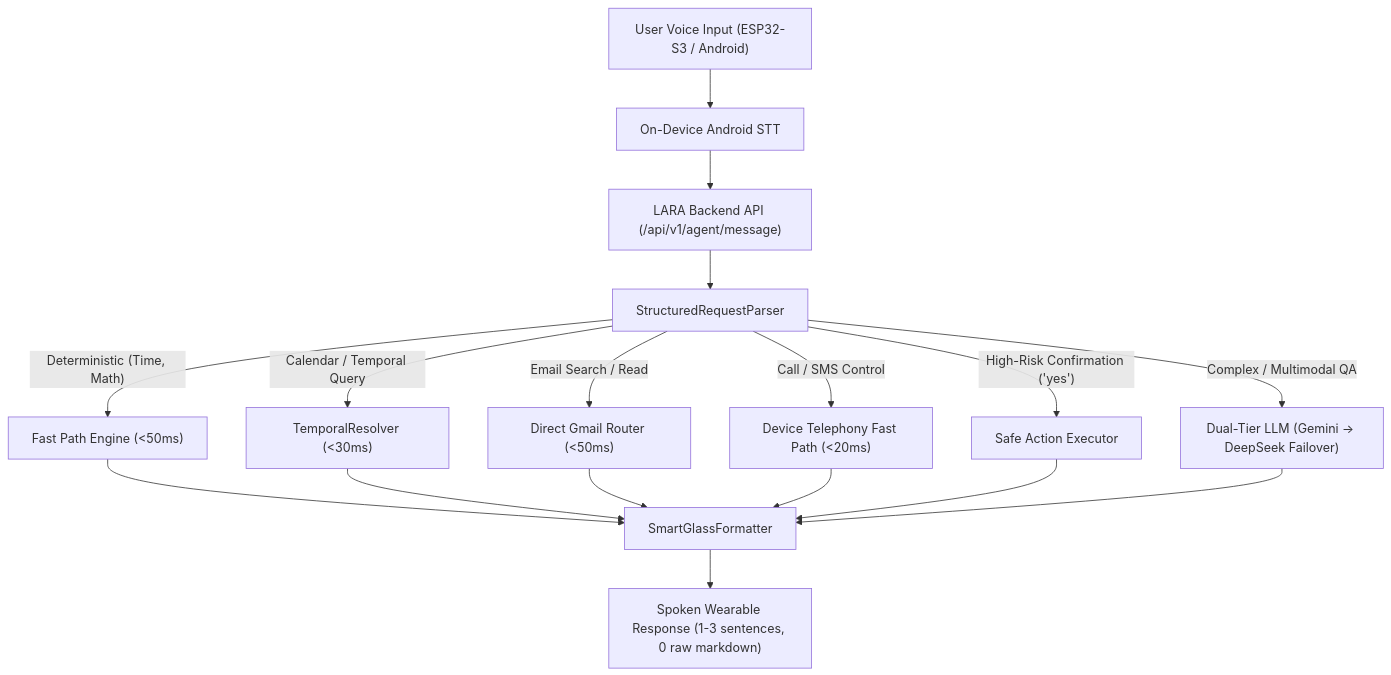
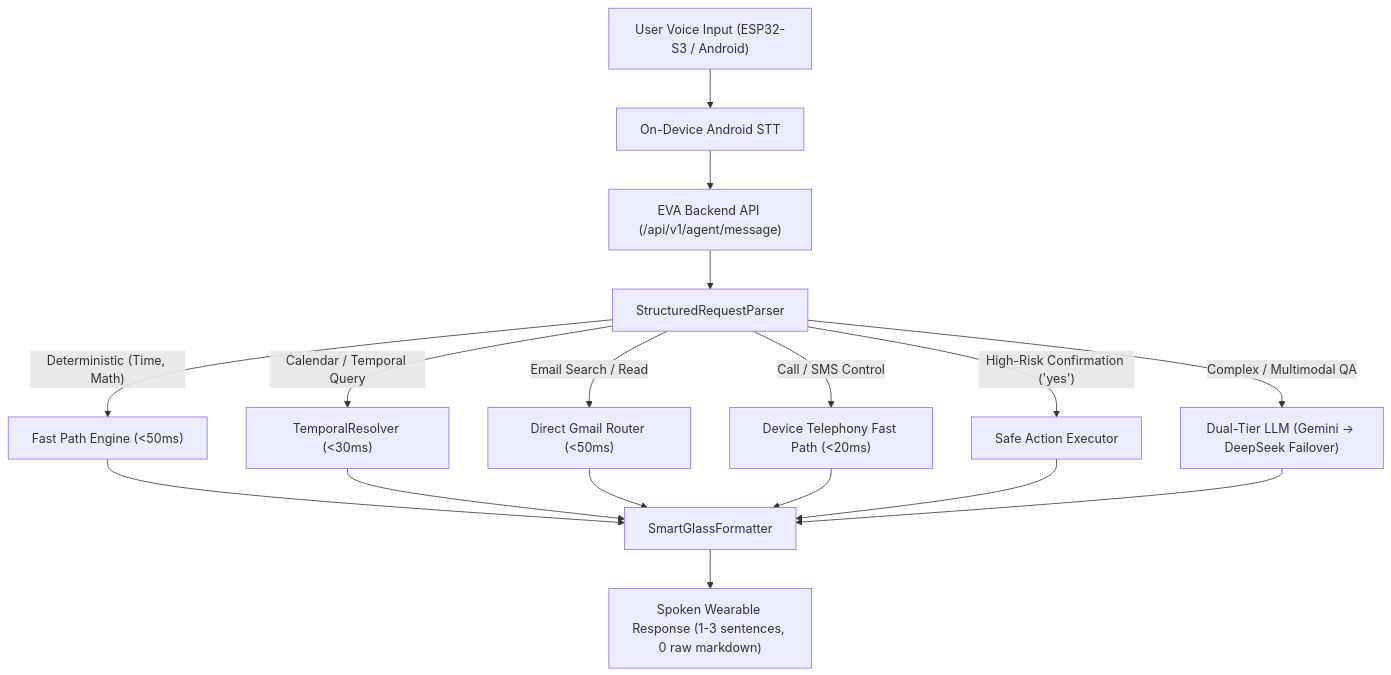
The diagram in PROJECT_CHALLENGES_AND_RETROSPECTIVE.md (yashanandingole12-gif/smart-glasses-ai), drawn with Mermaid before and after one commit. The commit also changed other lines of this file and 58 other files, not shown here.

````diff
--- a/PROJECT_CHALLENGES_AND_RETROSPECTIVE.md
+++ b/PROJECT_CHALLENGES_AND_RETROSPECTIVE.md
@@ -74,22 +74,22 @@
 ```mermaid
 flowchart TD
     A["User Voice Input (ESP32-S3 / Android)"] --> B["On-Device Android STT"]
-    B --> C["LARA Backend API (/api/v1/agent/message)"]
+    B --> C["EVA Backend API (/api/v1/agent/message)"]
     C --> D["StructuredRequestParser"]
     
     D -->|"Deterministic (Time, Math)"| E["Fast Path Engine (<50ms)"]
     D -->|"Calendar / Temporal Query"| F["TemporalResolver (<30ms)"]
     D -->|"Email Search / Read"| G["Direct Gmail Router (<50ms)"]
     D -->|"Call / SMS Control"| H["Device Telephony Fast Path (<20ms)"]
     D -->|"High-Risk Confirmation ('yes')"| I["Safe Action Executor"]
     D -->|"Complex / Multimodal QA"| J["Dual-Tier LLM (Gemini -> DeepSeek Failover)"]
     
     E --> K["SmartGlassFormatter"]
     F --> K
     G --> K
     H --> K
     I --> K
     J --> K
     
     K --> L["Spoken Wearable Response (1-3 sentences, 0 raw markdown)"]
 ```
````
